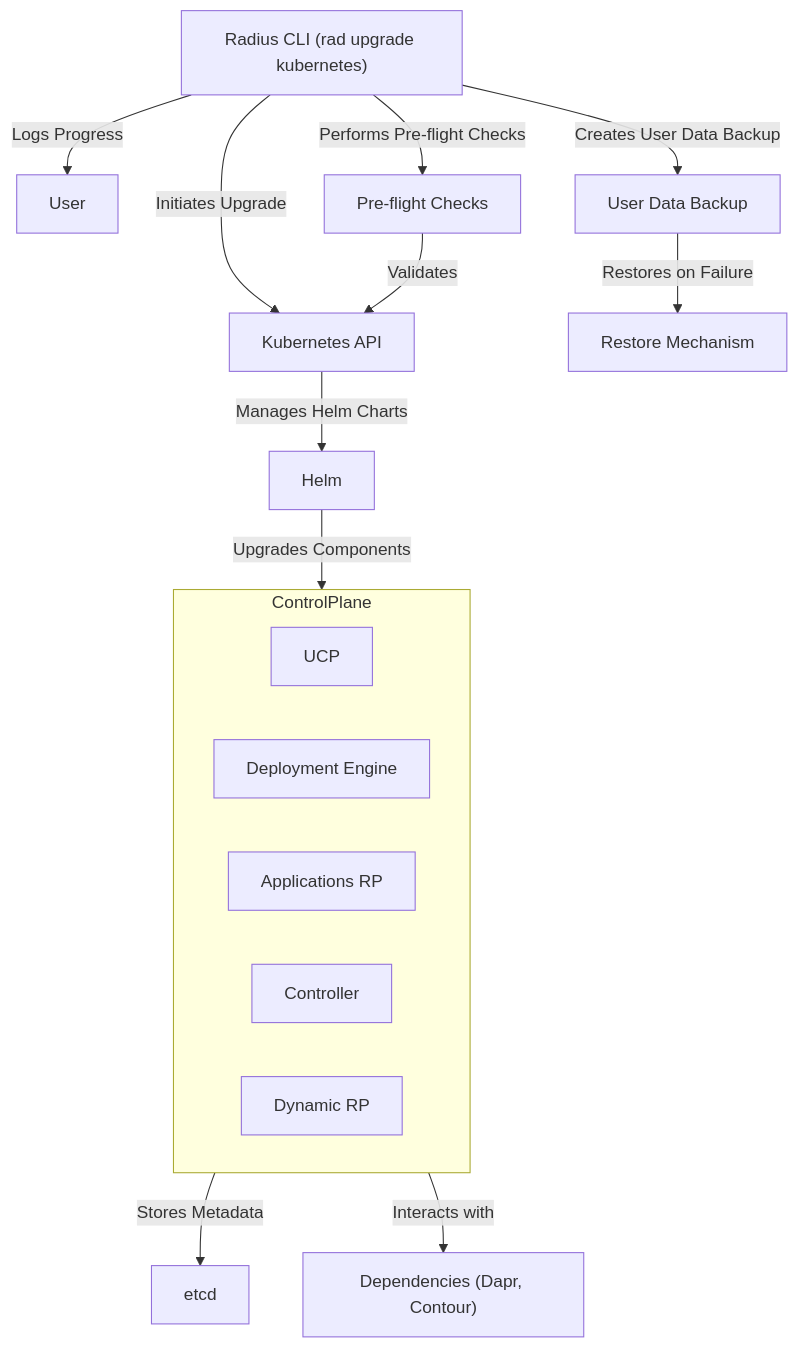
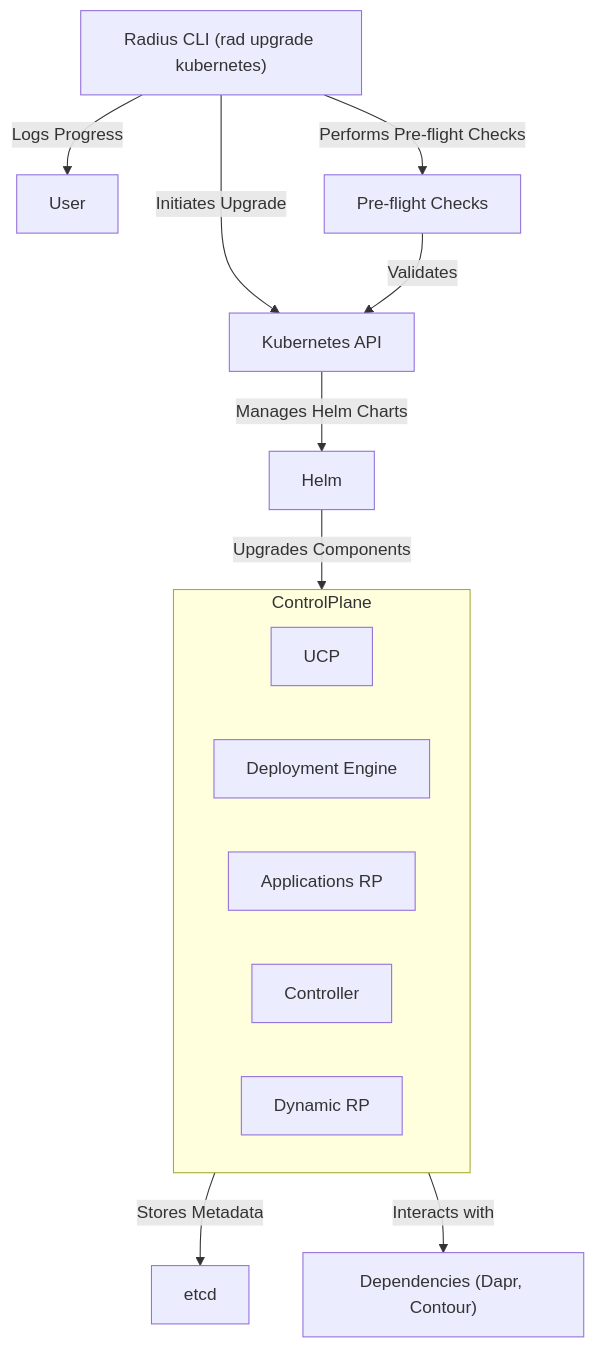
The first of 3 diagrams in architecture/2025-03-upgrade-design-doc.md (radius-project/design-notes), drawn with Mermaid before and after one commit. The commit also changed other lines of this file, not shown here.

````diff
--- a/architecture/2025-03-upgrade-design-doc.md
+++ b/architecture/2025-03-upgrade-design-doc.md
@@ -270,20 +260,18 @@
 ```mermaid
 graph TD
   CLI["Radius CLI (rad upgrade kubernetes)"] -->|Initiates Upgrade| KubernetesAPI["Kubernetes API"]
   KubernetesAPI -->|Manages Helm Charts| Helm["Helm"]
   Helm -->|Upgrades Components| ControlPlane["Radius Control Plane"]
   subgraph ControlPlane
       UniversalControlPlane["UCP"]
       DeploymentEngine["Deployment Engine"]
       ARP["Applications RP"]
       Controller["Controller"]
       DynamicRP["Dynamic RP"]
   end
   ControlPlane -->|Stores Metadata| Database["etcd"]
   ControlPlane -->|Interacts with| Dependencies["Dependencies (Dapr, Contour)"]
   CLI -->|Logs Progress| User["User"]
   CLI -->|Performs Pre-flight Checks| PreFlight["Pre-flight Checks"]
   PreFlight -->|Validates| KubernetesAPI
-  CLI -->|Creates User Data Backup| Backup["User Data Backup"]
-  Backup -->|Restores on Failure| Restore["Restore Mechanism"]
 ```
````
